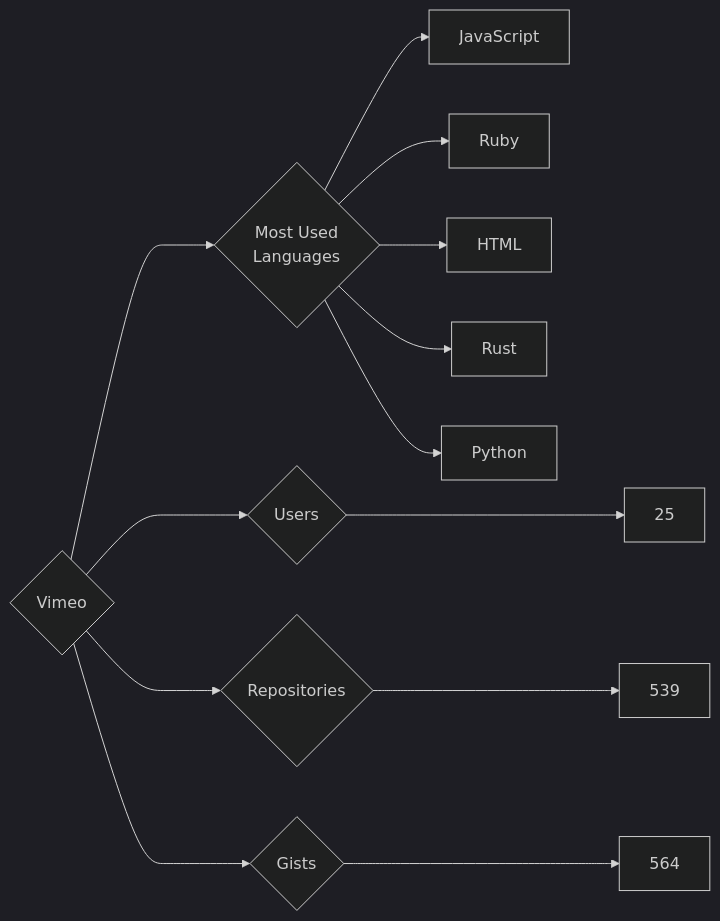
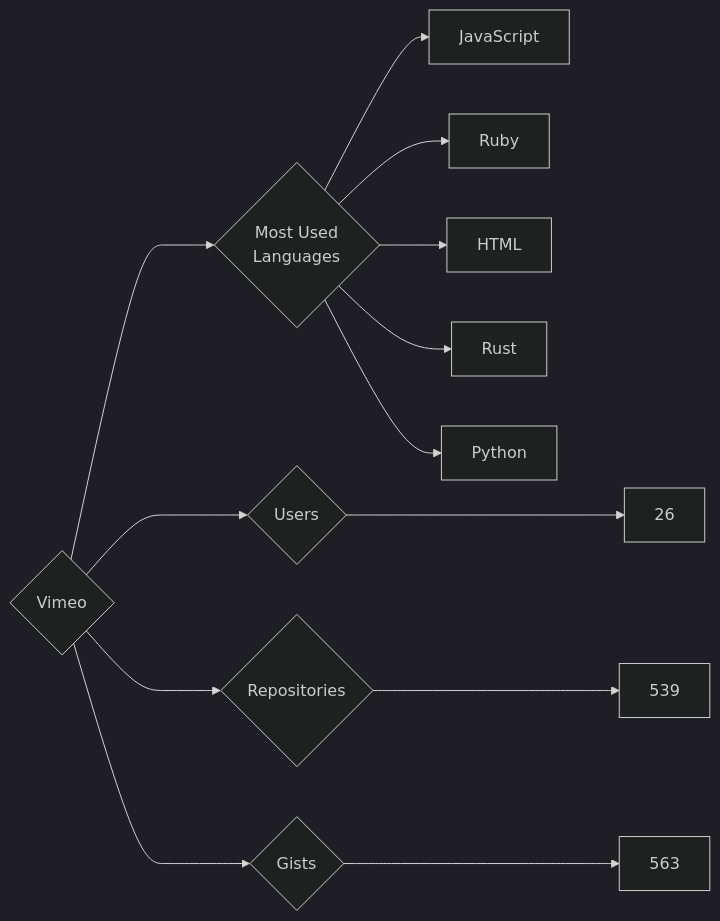
Before and after one commit to trickest/insiders: the diagram in targets/Vimeo/README.md, drawn with Mermaid (dark theme). The commit also changed 677 other files, not shown here.

````diff
--- a/targets/Vimeo/README.md
+++ b/targets/Vimeo/README.md
@@ -3,13 +3,13 @@
 ```mermaid
 graph LR
 COMPANY_NAME{Vimeo}
-COMPANY_NAME ---> U{Users} ---> UN[25]
+COMPANY_NAME ---> U{Users} ---> UN[26]
 COMPANY_NAME ---> R{Repositories} ---> RN[539]
-COMPANY_NAME ---> G{Gists} ---> GN[564]
+COMPANY_NAME ---> G{Gists} ---> GN[563]
 COMPANY_NAME ---> ML{Most Used<br>Languages}
 ML --> JavaScript[JavaScript]
 ML --> Ruby[Ruby]
 ML --> HTML[HTML]
 ML --> Rust[Rust]
 ML --> Python[Python]
 ```
````
